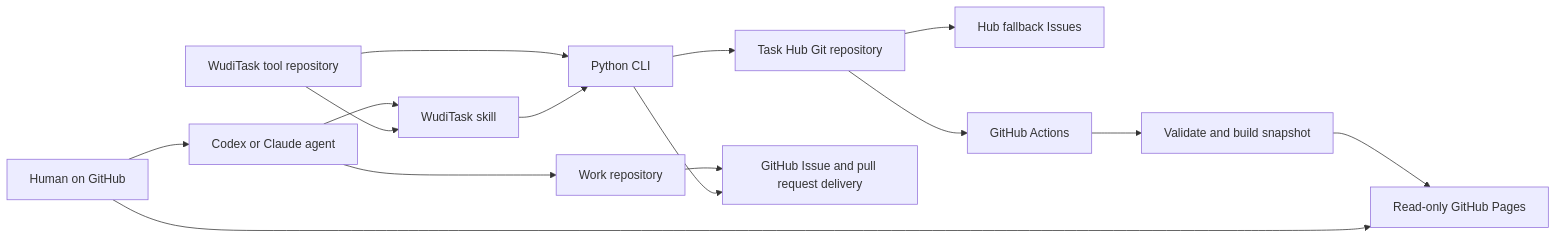
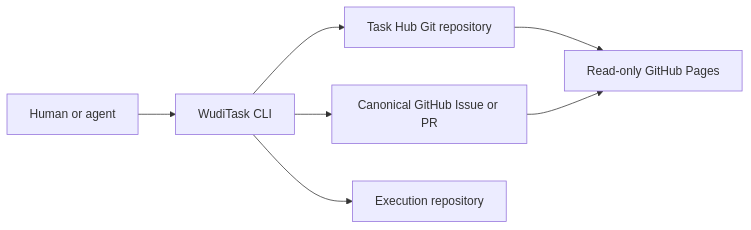
One commit to ChaoWao/wuditask changed the first of 2 diagrams in docs/architecture.md. Above: the diagram before and after it, drawn with Mermaid. The commit also changed other lines of this file and 68 other files, not shown here.

First line of the commit message:
Update: separate ownership and agent execution

````diff
--- a/docs/architecture.md
+++ b/docs/architecture.md
@@ -9,17 +11,9 @@
 ```mermaid
 flowchart LR
-  H["Human on GitHub"] --> A["Codex or Claude agent"]
-  A --> S["WudiTask skill"]
-  T["WudiTask tool repository"] --> S
-  T --> P["Python CLI"]
-  S --> P
-  P --> G["Task Hub Git repository"]
-  A --> W["Work repository"]
-  W --> D["GitHub Issue and pull request delivery"]
-  G --> I["Hub fallback Issues"]
-  P --> D
-  G --> X["GitHub Actions"]
-  X --> V["Validate and build snapshot"]
-  V --> Q["Read-only GitHub Pages"]
-  H --> Q
+  U["Human or agent"] --> C["WudiTask CLI"]
+  C --> G["Canonical GitHub Issue or PR"]
+  C --> H["Task Hub Git repository"]
+  H --> P["Read-only GitHub Pages"]
+  G --> P
+  C --> W["Execution repository"]
 ```
````
